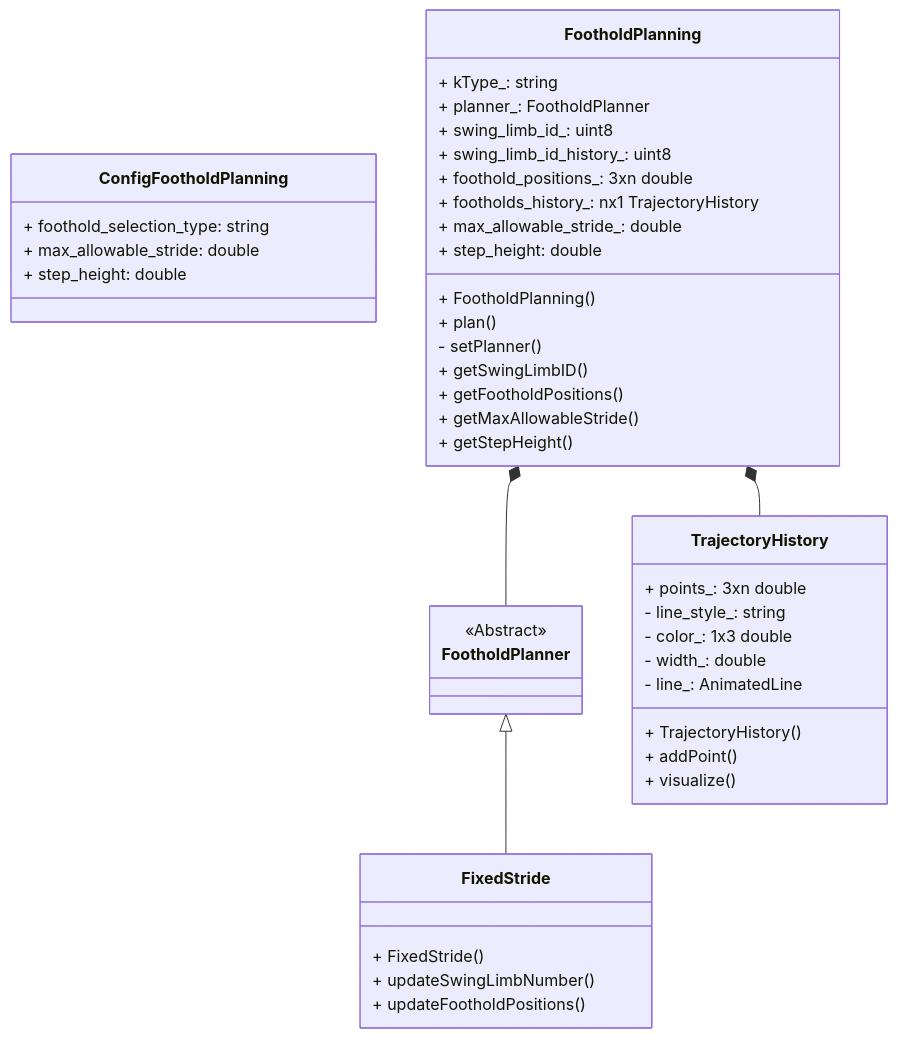
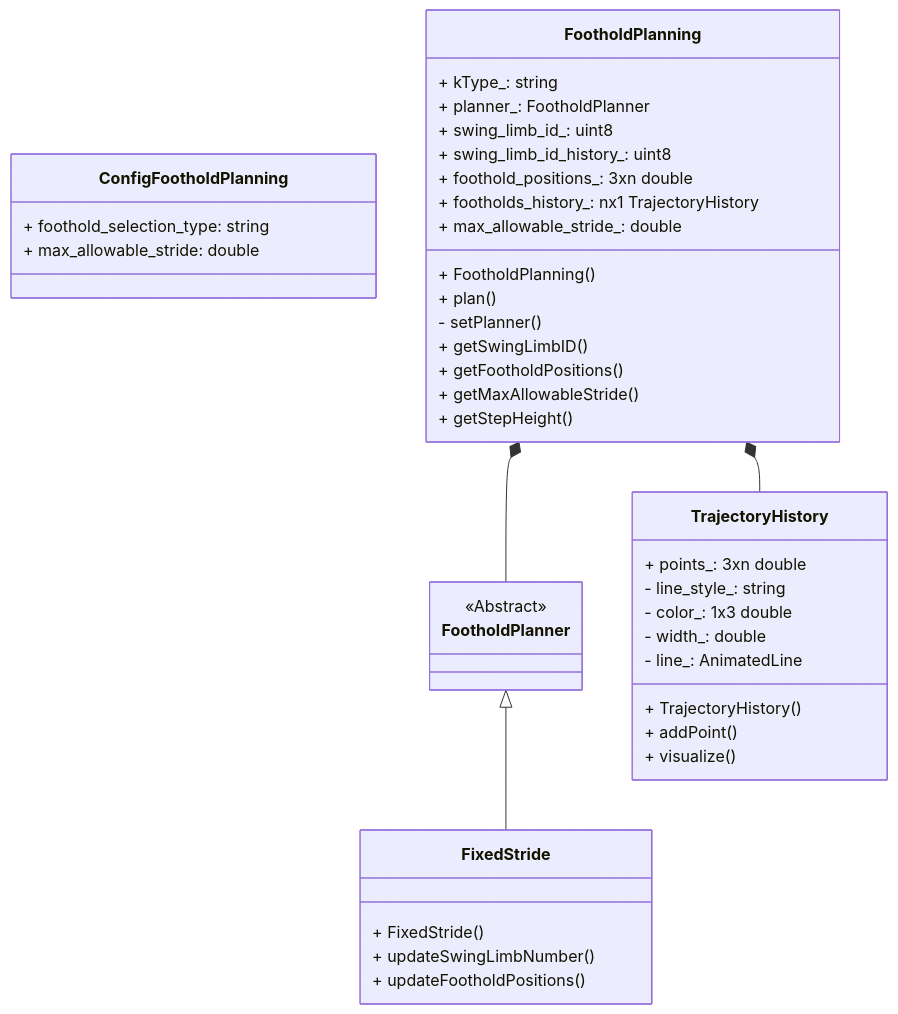
One commit to Space-Robotics-Laboratory/ClimbLab changed the diagram in src/planning_and_control/high_level_controller/foothold_planning/foothold_planning_class_design.md. Above: the diagram before and after it, drawn with Mermaid. The commit also changed 6 other files, not shown here.

Commit message:
Move step_height from foothold planning to gait planning

````diff
--- a/src/planning_and_control/high_level_controller/foothold_planning/foothold_planning_class_design.md
+++ b/src/planning_and_control/high_level_controller/foothold_planning/foothold_planning_class_design.md
@@ -3,54 +3,52 @@
 ```mermaid
 classDiagram
 
   class ConfigFootholdPlanning {
     + foothold_selection_type: string
     + max_allowable_stride: double
-    + step_height: double
   }
 
   class FootholdPlanning {
     + kType_: string
     + planner_: FootholdPlanner
     + swing_limb_id_: uint8
     + swing_limb_id_history_: uint8
     + foothold_positions_: 3xn double
     + footholds_history_: nx1 TrajectoryHistory
     + max_allowable_stride_: double
-    + step_height: double
 
     + FootholdPlanning()
     + plan()
     - setPlanner()
     + getSwingLimbID()
     + getFootholdPositions()
     + getMaxAllowableStride()
     + getStepHeight()
   }
   FootholdPlanning *-- FootholdPlanner
   FootholdPlanning *-- TrajectoryHistory
 
   class FootholdPlanner {
     <<Abstract>>
   }
   FootholdPlanner <|-- FixedStride
 
   class FixedStride {
   + FixedStride()
   + updateSwingLimbNumber()
   + updateFootholdPositions()
   }
 
   class TrajectoryHistory {
     + points_: 3xn double
     - line_style_: string
     - color_: 1x3 double
     - width_: double
     - line_: AnimatedLine
 
     + TrajectoryHistory()
     + addPoint()
     + visualize()
   }
 
 ```
````
